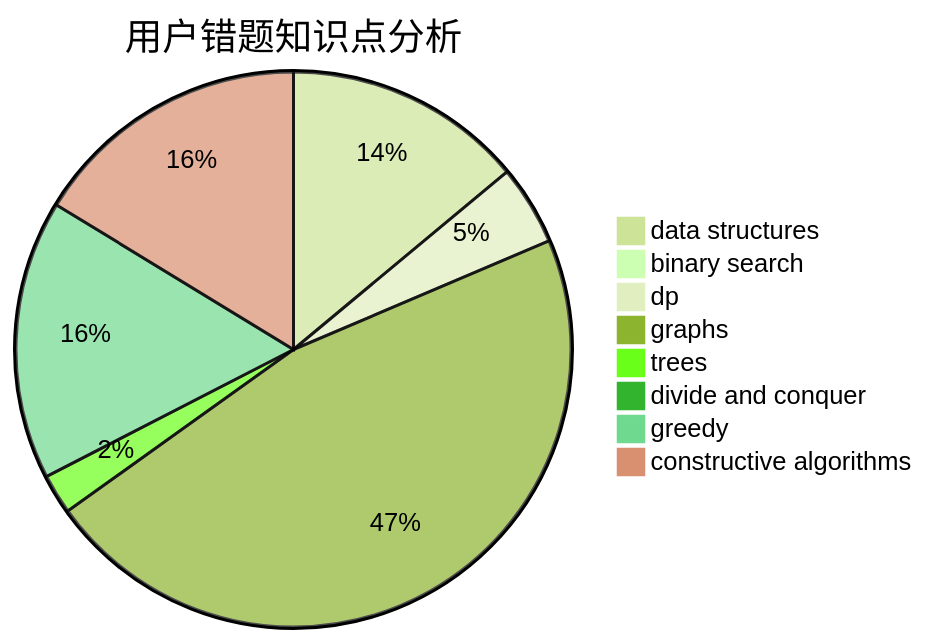
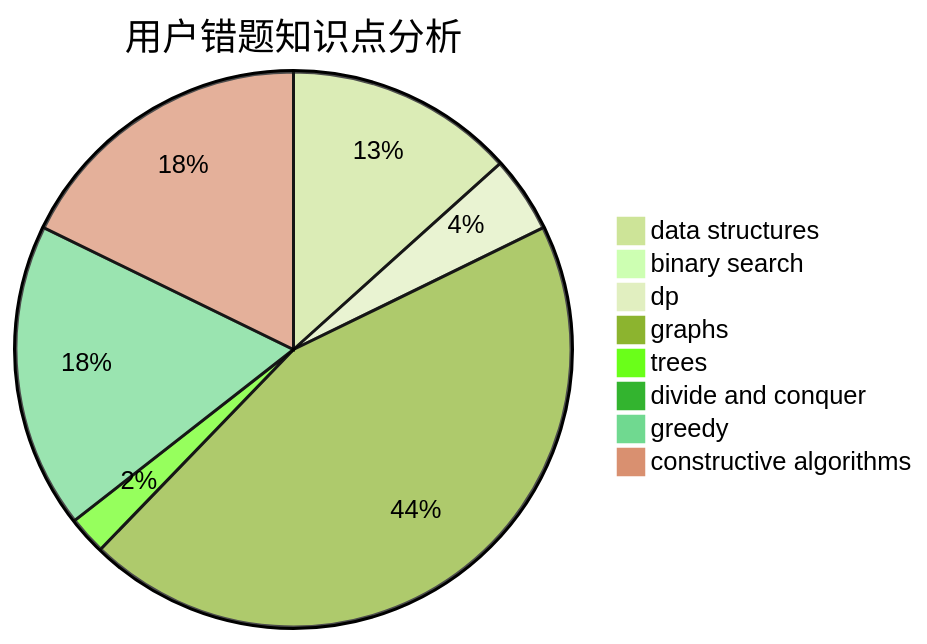
One commit to sherpahu/cfrs.github.io changed the third of 3 diagrams in docs/user/u824.md. Above: the diagram before and after it, drawn with Mermaid (forest theme). The commit also changed other lines of this file and 2770 other files, not shown here.

````diff
--- a/docs/user/u824.md
+++ b/docs/user/u824.md
@@ -36,11 +36,11 @@
 ```mermaid
 pie title 用户错题知识点分析
     "data structures" :  6
     "binary search" :  0
     "dp" :  2
     "graphs" :  20
     "trees" :  1
     "divide and conquer" :  0
-    "greedy" :  7
-    "constructive algorithms" :  7
+    "greedy" :  8
+    "constructive algorithms" :  8
 ```
````
